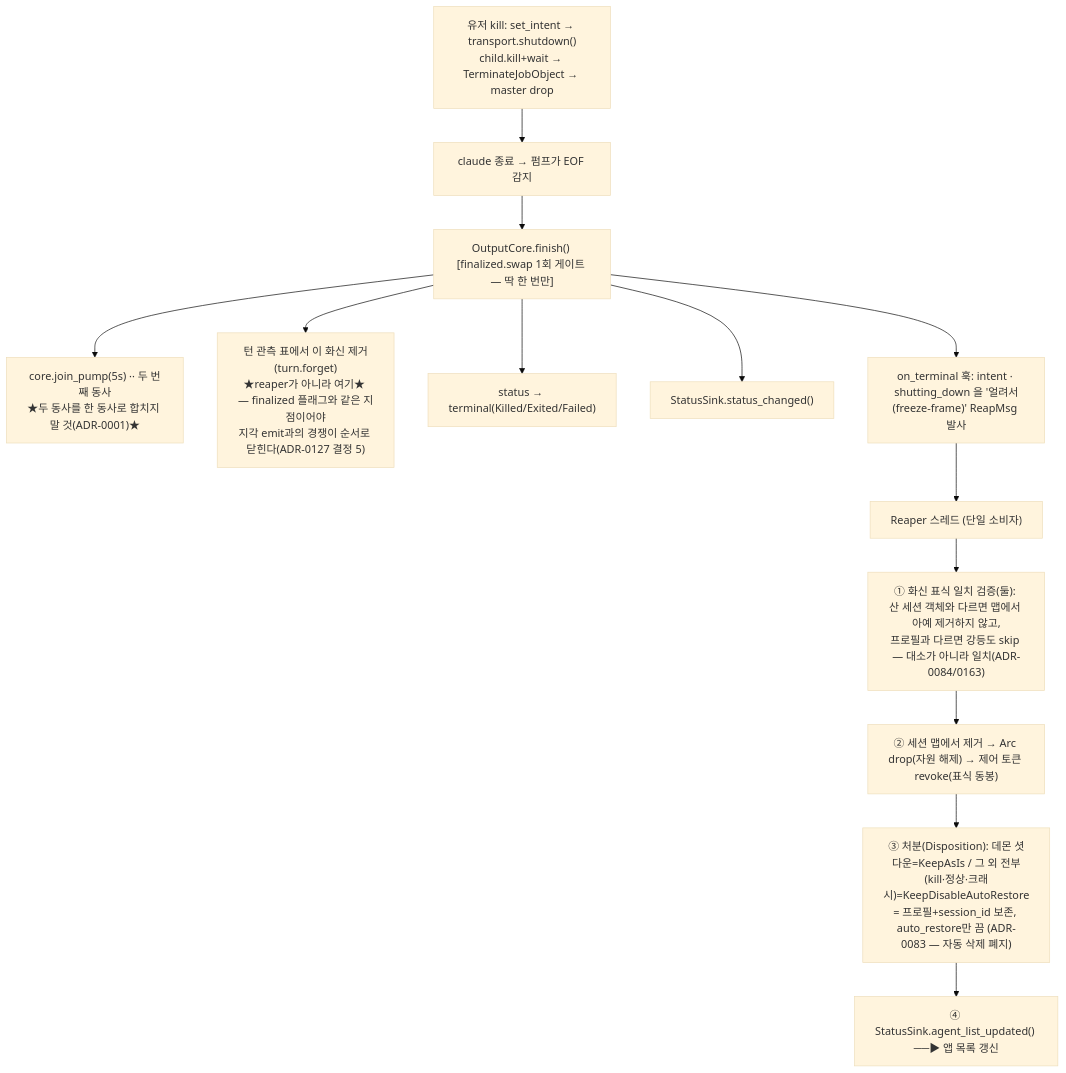
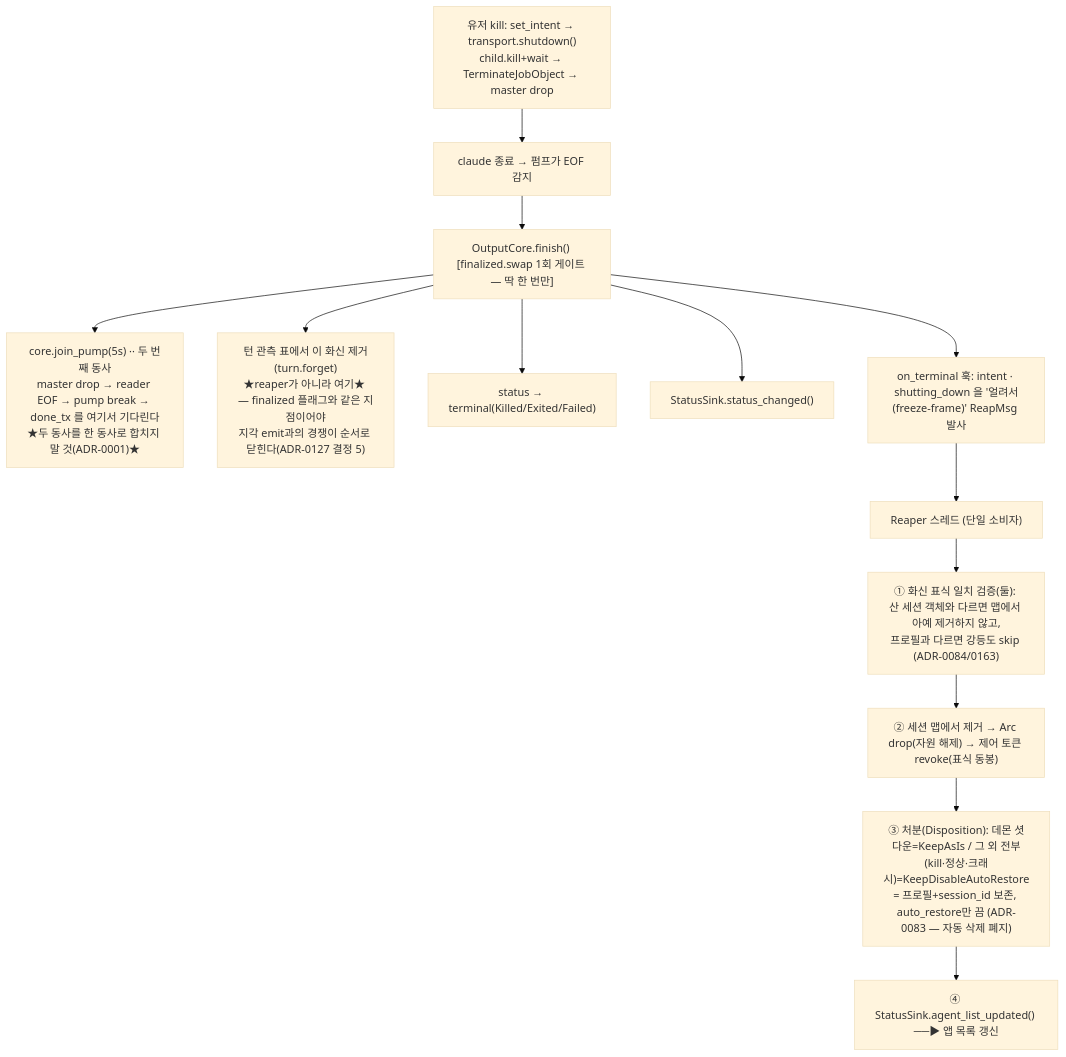
The seventh of 20 diagrams in docs/reference/architecture-overview.md (kimsunzun/engram-dashboard), drawn with Mermaid (base theme) before and after one commit. The commit also changed other lines of this file, not shown here.

First line of the commit message:
S20: docs(reference): 조감도의 중복을 걷는다 — ADR 맵·화신 표식·불변식 절

````diff
--- a/docs/reference/architecture-overview.md
+++ b/docs/reference/architecture-overview.md
@@ -283,26 +283,26 @@
 ```mermaid
 flowchart TD
   KILL["유저 kill: set_intent → transport.shutdown()<br/>child.kill+wait → TerminateJobObject → master drop"]
   DIE["claude 종료 → 펌프가 EOF 감지"]
   FIN["OutputCore.finish() [finalized.swap 1회 게이트 — 딱 한 번만]"]
-  JOIN["core.join_pump(5s) ·· 두 번째 동사<br/>★두 동사를 한 동사로 합치지 말 것(ADR-0001)★"]
+  JOIN["core.join_pump(5s) ·· 두 번째 동사<br/>master drop → reader EOF → pump break → done_tx 를 여기서 기다린다<br/>★두 동사를 한 동사로 합치지 말 것(ADR-0001)★"]
   TURN["턴 관측 표에서 이 화신 제거(turn.forget)<br/>★reaper가 아니라 여기★ — finalized 플래그와 같은 지점이어야<br/>지각 emit과의 경쟁이 순서로 닫힌다(ADR-0127 결정 5)"]
   ST["status → terminal(Killed/Exited/Failed)"]
   SC["StatusSink.status_changed()"]
   HOOK["on_terminal 훅: intent · shutting_down 을 '얼려서(freeze-frame)' ReapMsg 발사"]
   REAPER["Reaper 스레드 (단일 소비자)"]
-  R1["① 화신 표식 일치 검증(둘): 산 세션 객체와 다르면 맵에서 아예 제거하지 않고,<br/>프로필과 다르면 강등도 skip — 대소가 아니라 일치(ADR-0084/0163)"]
+  R1["① 화신 표식 일치 검증(둘): 산 세션 객체와 다르면 맵에서 아예 제거하지 않고,<br/>프로필과 다르면 강등도 skip (ADR-0084/0163)"]
   R2["② 세션 맵에서 제거 → Arc drop(자원 해제) → 제어 토큰 revoke(표식 동봉)"]
   R3["③ 처분(Disposition): 데몬 셧다운=KeepAsIs / 그 외 전부(kill·정상·크래시)=KeepDisableAutoRestore<br/>= 프로필+session_id 보존, auto_restore만 끔 (ADR-0083 — 자동 삭제 폐지)"]
   R4["④ StatusSink.agent_list_updated() ──▶ 앱 목록 갱신"]
 
   KILL --> DIE
   DIE --> FIN
   FIN --> JOIN
   FIN --> TURN
   FIN --> ST
   FIN --> SC
   FIN --> HOOK
   HOOK --> REAPER
   REAPER --> R1 --> R2 --> R3 --> R4
 ```
````
